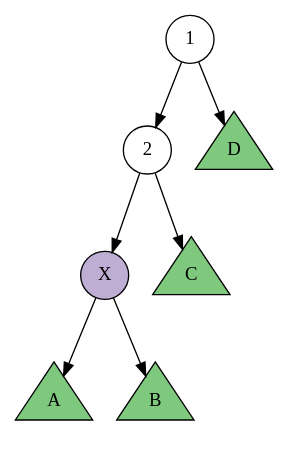
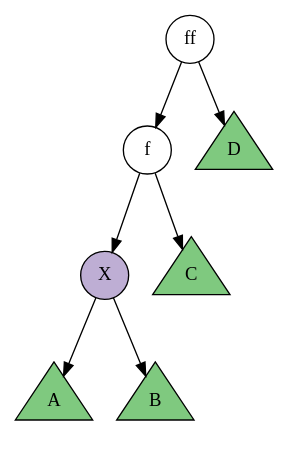
Before and after one commit to rbookr/Data-Structure-Animation: the diagram in project/splay-rotate-2/1.dot, drawn with Graphviz. The commit also changed 11 other files, not shown here.

```diff
--- a/project/splay-rotate-2/1.dot
+++ b/project/splay-rotate-2/1.dot
@@ -1,11 +1,13 @@
 digraph g {
     node[shape=circle fixedsize=true style=filled fillcolor=white colorscheme=accent8 ];
     1->2;
     1->D;
     2->3;
     2->C;
     3->A;
     3->B;
     A,B,C,D[shape=triangle height=0.8 width=0.8 fillcolor="1"];
-    3[label="X" fillcolor="2"]
+    3[label="X" fillcolor="2"];
+    2[label="f"];
+    1[label="ff"];
 }
```
